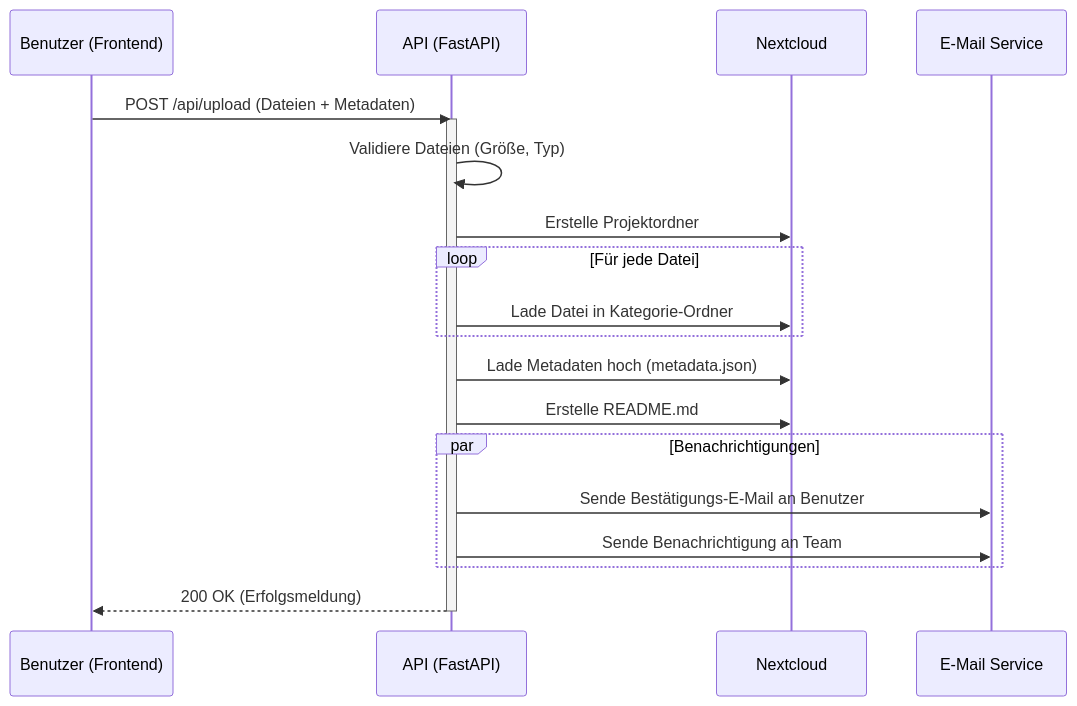
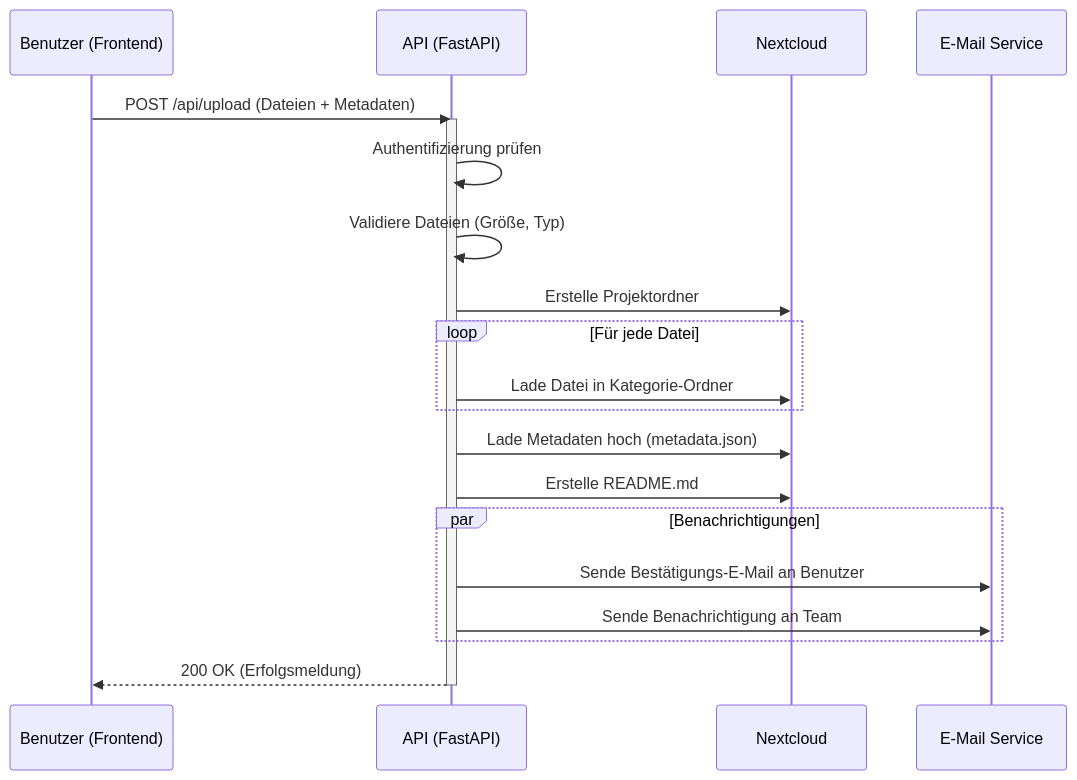
Before and after one commit to lichtbaer/Datenschutzportalentwicklung: the diagram in mkdocs/backend/api.md, drawn with Mermaid. The commit also changed other lines of this file, not shown here.

````diff
--- a/mkdocs/backend/api.md
+++ b/mkdocs/backend/api.md
@@ -64,27 +98,28 @@
 ```mermaid
 sequenceDiagram
     participant U as Benutzer (Frontend)
     participant A as API (FastAPI)
     participant N as Nextcloud
     participant E as E-Mail Service
 
     U->>A: POST /api/upload (Dateien + Metadaten)
     activate A
+    A->>A: Authentifizierung prüfen
     A->>A: Validiere Dateien (Größe, Typ)
     A->>N: Erstelle Projektordner
     
     loop Für jede Datei
         A->>N: Lade Datei in Kategorie-Ordner
     end
     
     A->>N: Lade Metadaten hoch (metadata.json)
     A->>N: Erstelle README.md
     
     par Benachrichtigungen
         A->>E: Sende Bestätigungs-E-Mail an Benutzer
         A->>E: Sende Benachrichtigung an Team
     end
     
     A-->>U: 200 OK (Erfolgsmeldung)
     deactivate A
 ```
````
